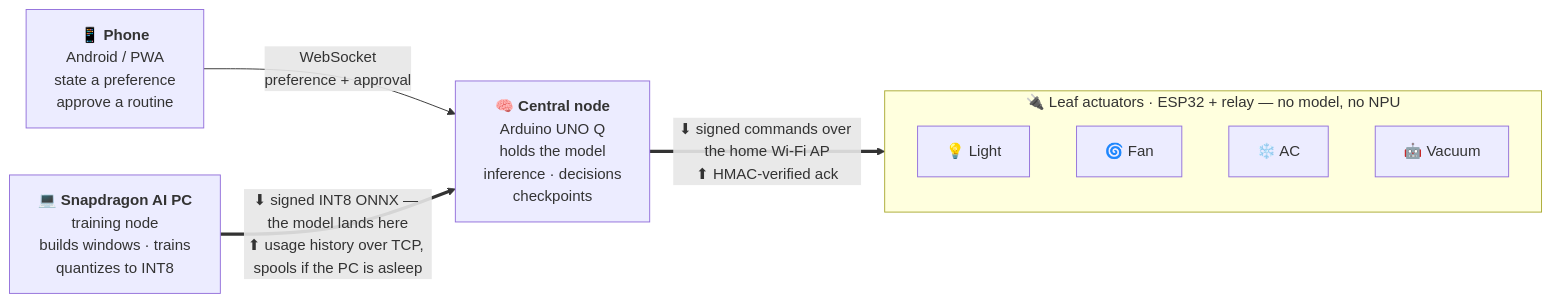
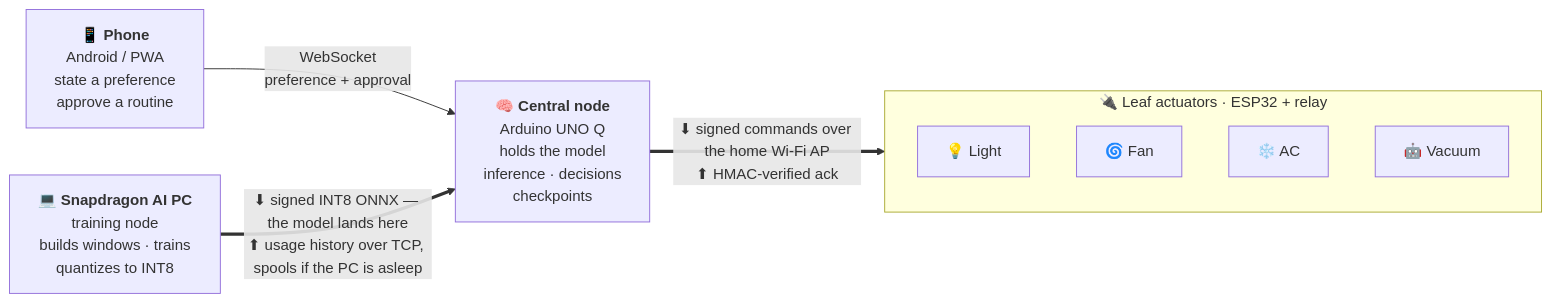
The diagram in README.md (gtathelegend/AEON-HOME), drawn with Mermaid before and after one commit.

Commit message:
docs: shorten the leaf subgraph label
'no model, no NPU' is already stated in the paragraph below the diagram;
dropping it narrows the subgraph so the last actuator clears the mermaid
viewer's zoom controls at default width.

````diff
--- a/README.md
+++ b/README.md
@@ -132,17 +132,17 @@
 ```mermaid
 flowchart LR
     PC["💻 <b>Snapdragon AI PC</b><br>training node<br>builds windows · trains<br>quantizes to INT8"]
     CENTRAL["🧠 <b>Central node</b><br>Arduino UNO Q<br>holds the model<br>inference · decisions<br>checkpoints"]
     PHONE["📱 <b>Phone</b><br>Android / PWA<br>state a preference<br>approve a routine"]
 
-    subgraph LEAVES["🔌 Leaf actuators · ESP32 + relay — no model, no NPU"]
+    subgraph LEAVES["🔌 Leaf actuators · ESP32 + relay"]
         L1["💡 Light"]
         L2["🌀 Fan"]
         L3["❄️ AC"]
         L4["🤖 Vacuum"]
     end
 
     PHONE -->|"WebSocket<br>preference + approval"| CENTRAL
     PC ==>|"⬇ signed INT8 ONNX — the model lands here<br>⬆ usage history over TCP, spools if the PC is asleep"| CENTRAL
     CENTRAL ==>|"⬇ signed commands over the home Wi-Fi AP<br>⬆ HMAC-verified ack"| LEAVES
 ```
````
